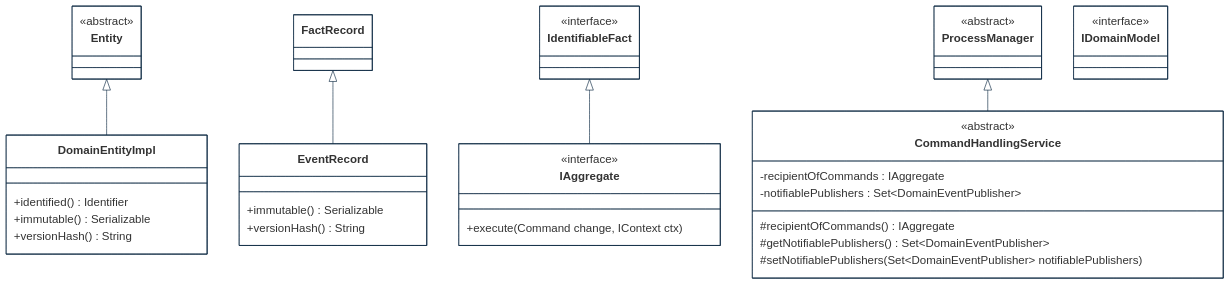
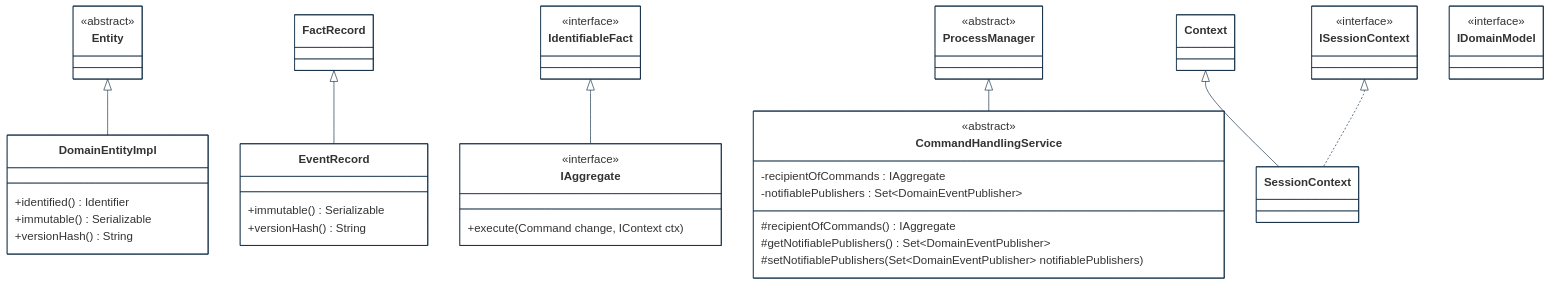
The third of 7 diagrams in implementations-line/framework/domain/designview-packages.md (cybnity/foundation), drawn with Mermaid before and after one commit.

````diff
--- a/implementations-line/framework/domain/designview-packages.md
+++ b/implementations-line/framework/domain/designview-packages.md
@@ -168,59 +168,64 @@
 ```mermaid
 %%{
   init: {
     'theme': 'base',
     'themeVariables': {
         'background': '#ffffff',
         'fontFamily': 'arial',
         'fontSize': '18px',
         'primaryColor': '#fff',
         'primaryBorderColor': '#0e2a43',
         'secondaryBorderColor': '#0e2a43',
         'tertiaryBorderColor': '#0e2a43',
         'edgeLabelBackground':'#0e2a43',
         'lineColor': '#0e2a43',
         'tertiaryColor': '#fff'
     }
   }
 }%%
 classDiagram
     Entity <|-- DomainEntityImpl
     FactRecord <|-- EventRecord
     IdentifiableFact <|-- IAggregate
     ProcessManager <|-- CommandHandlingService
+    Context <|-- SessionContext
+    ISessionContext <|.. SessionContext
 
+    class ISessionContext {
+        <<interface>>
+    }
     class CommandHandlingService {
         <<abstract>>
         -recipientOfCommands : IAggregate
         -notifiablePublishers : Set~DomainEventPublisher~
         #recipientOfCommands() IAggregate
         #getNotifiablePublishers() Set~DomainEventPublisher~
         #setNotifiablePublishers(Set~DomainEventPublisher~ notifiablePublishers)
     }
     class ProcessManager {
         <<abstract>>
     }
     class IdentifiableFact {
         <<interface>>
     }
     class IAggregate {
         <<interface>>
         +execute(Command change, IContext ctx)
     }
     class Entity {
         <<abstract>>
     }
     class DomainEntityImpl {
         +identified() Identifier
         +immutable() Serializable
         +versionHash() String
     }
     class EventRecord {
         +immutable() Serializable
         +versionHash() String
     }
     class IDomainModel {
         <<interface>>
     }
 
 ```
````
